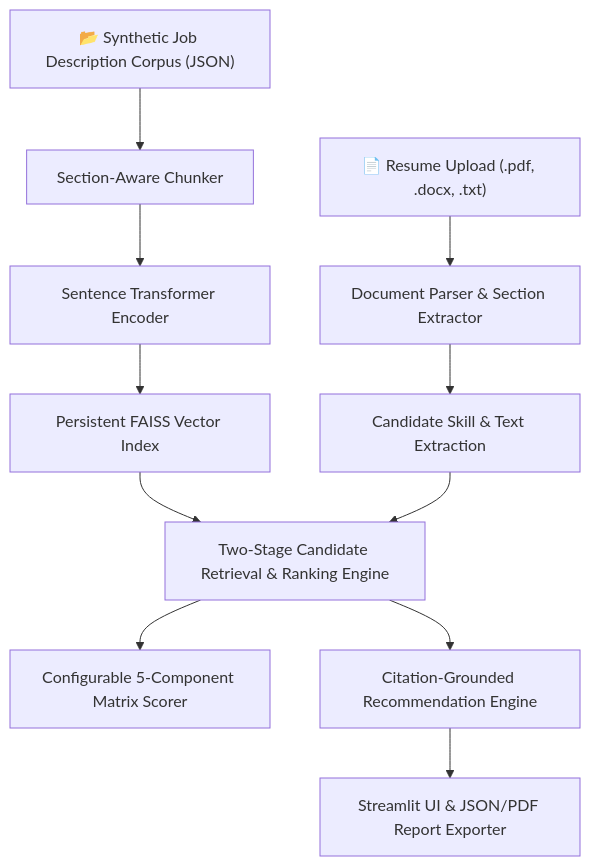
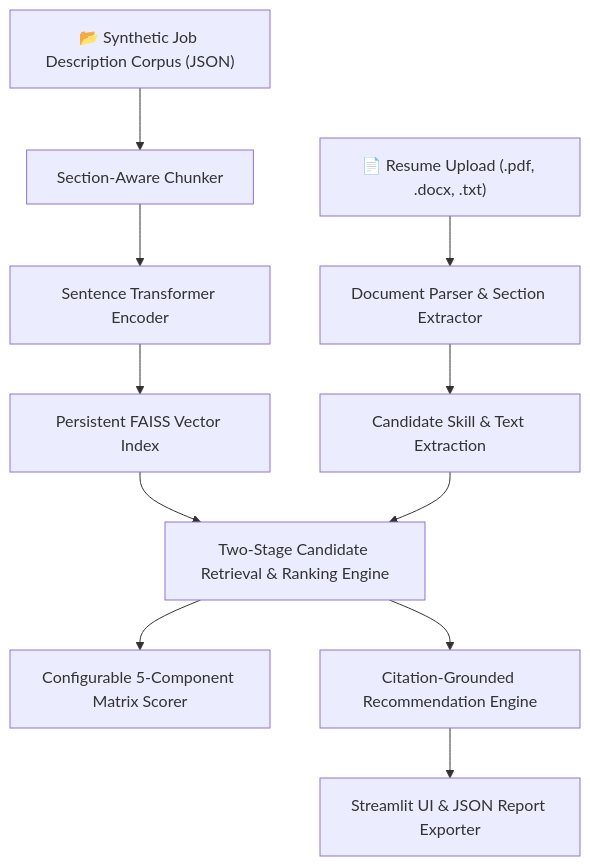
The diagram in README.md (shivangisrivastava013/AI-Career-RAG-Assistant), drawn with Mermaid before and after one commit. The commit also changed other lines of this file and 3 other files, not shown here.

````diff
--- a/README.md
+++ b/README.md
@@ -15,13 +15,13 @@
 ```mermaid
 flowchart TD
     A["📄 Resume Upload (.pdf, .docx, .txt)"] --> B["Document Parser & Section Extractor"]
     C["📂 Synthetic Job Description Corpus (JSON)"] --> D["Section-Aware Chunker"]
     D --> E["Sentence Transformer Encoder"]
     E --> F["Persistent FAISS Vector Index"]
     B --> G["Candidate Skill & Text Extraction"]
     F --> H["Two-Stage Candidate Retrieval & Ranking Engine"]
     G --> H
     H --> I["Configurable 5-Component Matrix Scorer"]
     H --> J["Citation-Grounded Recommendation Engine"]
-    J --> K["Streamlit UI & JSON/PDF Report Exporter"]
+    J --> K["Streamlit UI & JSON Report Exporter"]
 ```
````
